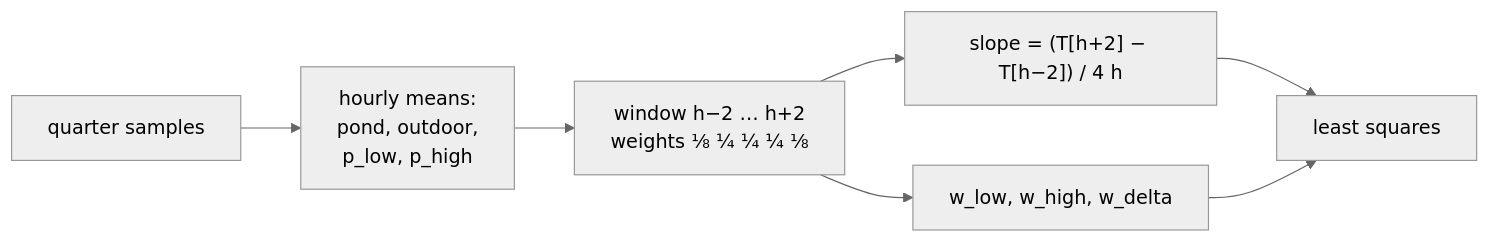
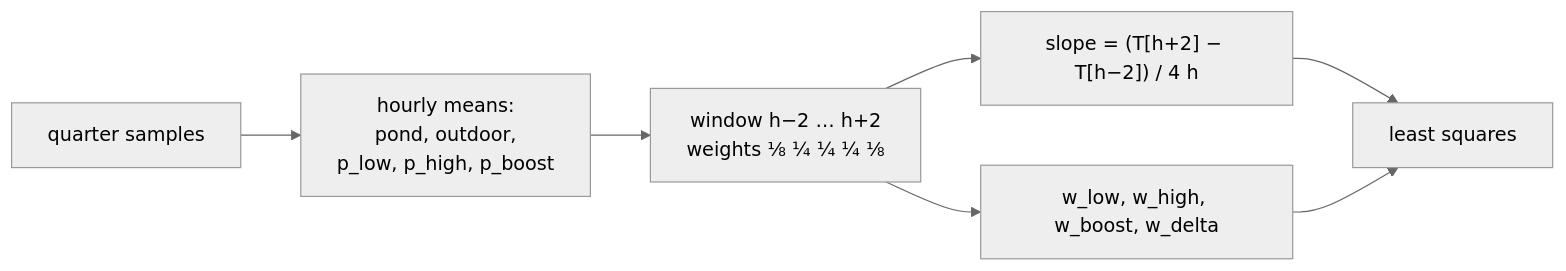
One commit to abroeders/pond-heatpump-price-planner changed the fifth of 25 diagrams in docs/architecture.md. Above: the diagram before and after it, drawn with Mermaid (neutral theme). The commit also changed other lines of this file and 6 other files, not shown here.

````diff
--- a/docs/architecture.md
+++ b/docs/architecture.md
@@ -284,8 +307,8 @@
 ```mermaid
 flowchart LR
-    Q[quarter samples] --> H[hourly means:<br/>pond, outdoor,<br/>p_low, p_high]
+    Q[quarter samples] --> H[hourly means:<br/>pond, outdoor,<br/>p_low, p_high, p_boost]
     H --> W["window h−2 … h+2<br/>weights ⅛ ¼ ¼ ¼ ⅛"]
     W --> SL["slope = (T[h+2] − T[h−2]) / 4 h"]
-    W --> RG[w_low, w_high, w_delta]
+    W --> RG[w_low, w_high, w_boost, w_delta]
     SL & RG --> FIT[least squares]
 ```
````
